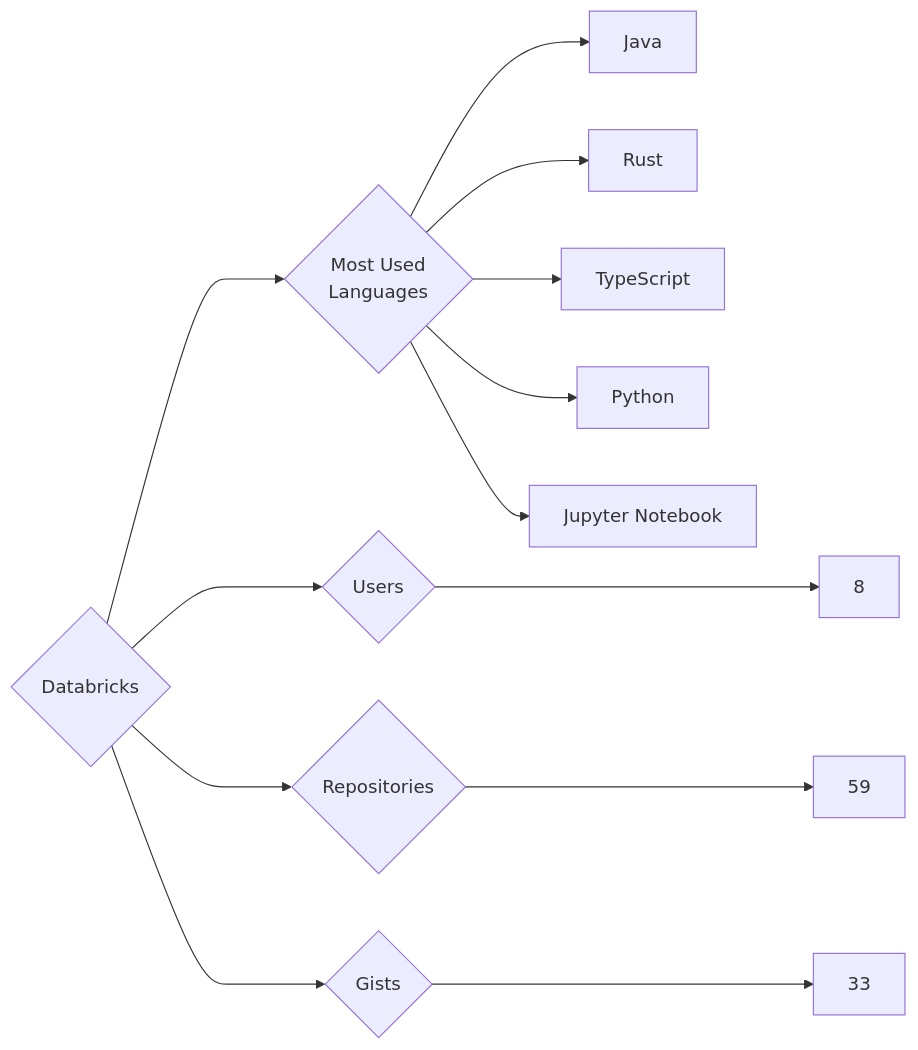
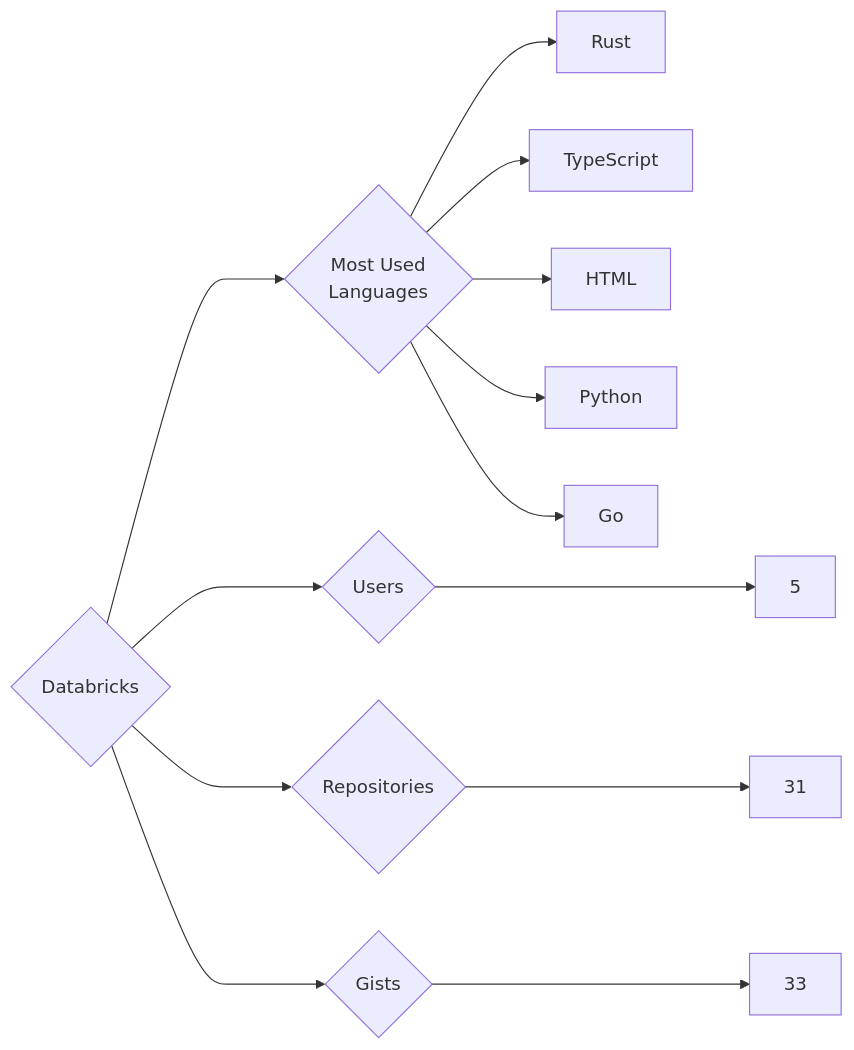
Before and after one commit to trickest/insiders: the diagram in targets/Databricks/README.md, drawn with Mermaid. The commit also changed 942 other files, not shown here.

````diff
--- a/targets/Databricks/README.md
+++ b/targets/Databricks/README.md
@@ -3,13 +3,13 @@
 ```mermaid
 graph LR
 COMPANY_NAME{Databricks}
-COMPANY_NAME ---> U{Users} ---> UN[8]
-COMPANY_NAME ---> R{Repositories} ---> RN[59]
+COMPANY_NAME ---> U{Users} ---> UN[5]
+COMPANY_NAME ---> R{Repositories} ---> RN[31]
 COMPANY_NAME ---> G{Gists} ---> GN[33]
 COMPANY_NAME ---> ML{Most Used<br>Languages}
-ML --> Java[Java]
 ML --> Rust[Rust]
 ML --> TypeScript[TypeScript]
+ML --> HTML[HTML]
 ML --> Python[Python]
-ML --> Jupyter_Notebook[Jupyter Notebook]
+ML --> Go[Go]
 ```
````
